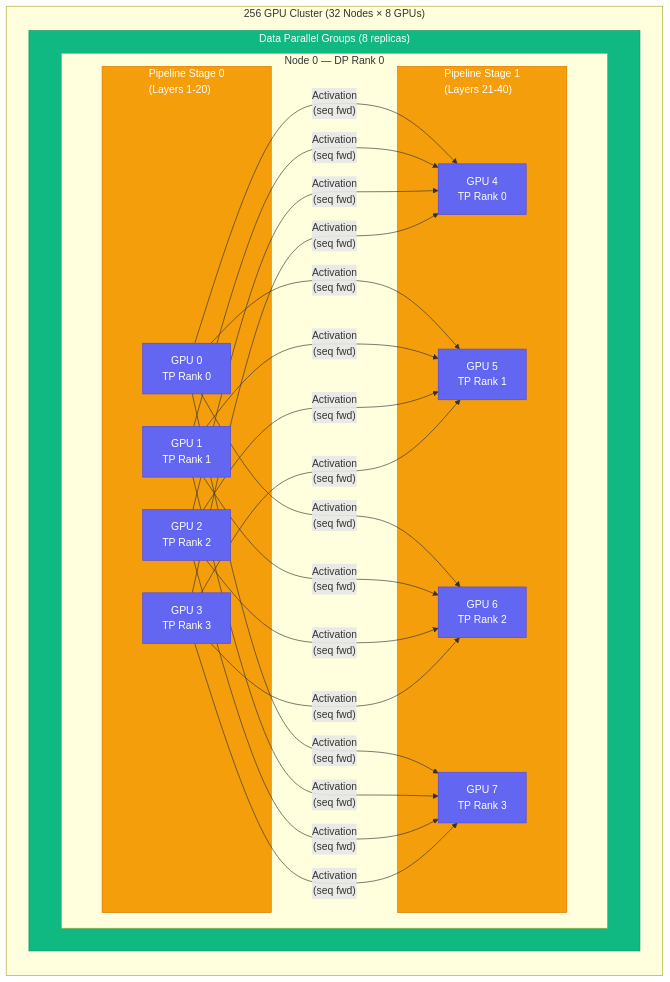
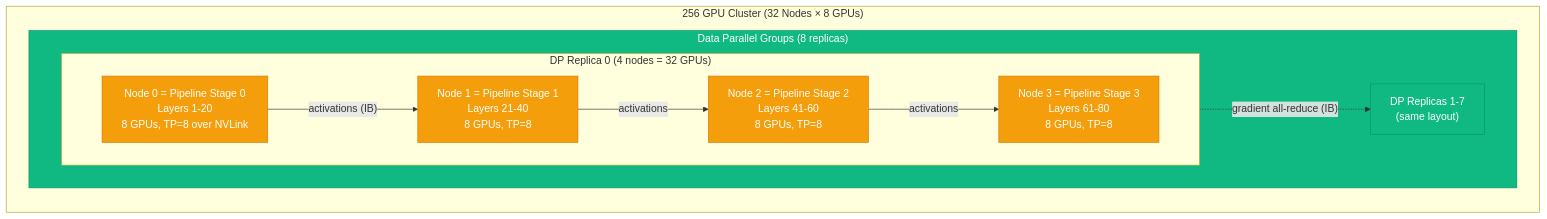
One commit to gopikrishtummala/gopikrishtummala.github.io changed the fourth of 6 diagrams in src/data/blog/mlops/hidden-engine-of-ai.md. Above: the diagram before and after it, drawn with Mermaid. The commit also changed other lines of this file and 3 other files, not shown here.

First line of the commit message:
Review MLOps roadmap and Modules 1-3: fixes, mind maps, self-checks

````diff
--- a/src/data/blog/mlops/hidden-engine-of-ai.md
+++ b/src/data/blog/mlops/hidden-engine-of-ai.md
@@ -229,33 +264,27 @@
 ```mermaid
 graph TD
     subgraph Cluster["256 GPU Cluster (32 Nodes × 8 GPUs)"]
         direction TB
 
         subgraph DPGroup["Data Parallel Groups (8 replicas)"]
             direction LR
-            subgraph Node0["Node 0 — DP Rank 0"]
-                subgraph PP0["Pipeline Stage 0\n(Layers 1-20)"]
-                    TP0A["GPU 0\nTP Rank 0"]
-                    TP0B["GPU 1\nTP Rank 1"]
-                    TP0C["GPU 2\nTP Rank 2"]
-                    TP0D["GPU 3\nTP Rank 3"]
-                end
-                subgraph PP1["Pipeline Stage 1\n(Layers 21-40)"]
-                    TP1A["GPU 4\nTP Rank 0"]
-                    TP1B["GPU 5\nTP Rank 1"]
-                    TP1C["GPU 6\nTP Rank 2"]
-                    TP1D["GPU 7\nTP Rank 3"]
-                end
+            subgraph Replica0["DP Replica 0 (4 nodes = 32 GPUs)"]
+                PP0["Node 0 = Pipeline Stage 0\nLayers 1-20\n8 GPUs, TP=8 over NVLink"]
+                PP1["Node 1 = Pipeline Stage 1\nLayers 21-40\n8 GPUs, TP=8"]
+                PP2["Node 2 = Pipeline Stage 2\nLayers 41-60\n8 GPUs, TP=8"]
+                PP3["Node 3 = Pipeline Stage 3\nLayers 61-80\n8 GPUs, TP=8"]
             end
+            Others["DP Replicas 1-7\n(same layout)"]
         end
     end
 
-    TP0A & TP0B & TP0C & TP0D -->|"Activation\n(seq fwd)"| TP1A & TP1B & TP1C & TP1D
+    PP0 -->|"activations (IB)"| PP1
+    PP1 -->|"activations"| PP2
+    PP2 -->|"activations"| PP3
+    Replica0 -.->|"gradient all-reduce (IB)"| Others
 
-    classDef tp fill:#6366f1,color:#fff,stroke:#4f46e5
     classDef pp fill:#f59e0b,color:#fff,stroke:#d97706
     classDef dp fill:#10b981,color:#fff,stroke:#059669
-    class TP0A,TP0B,TP0C,TP0D,TP1A,TP1B,TP1C,TP1D tp
-    class PP0,PP1 pp
-    class DPGroup dp
+    class PP0,PP1,PP2,PP3 pp
+    class DPGroup,Others dp
 ```
````
